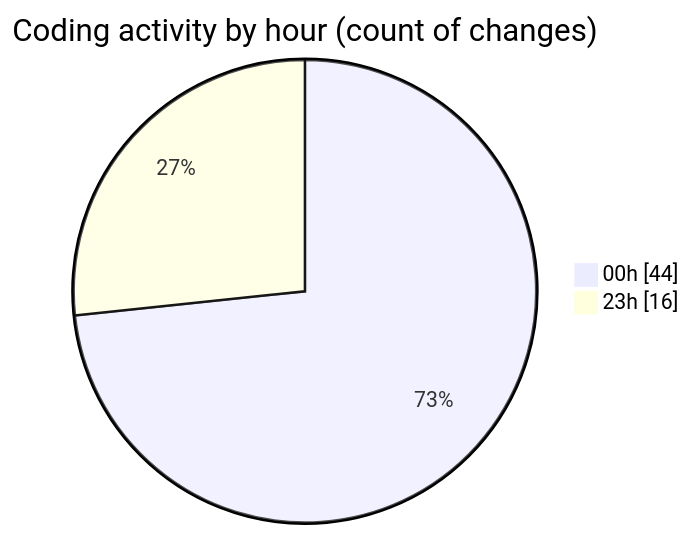
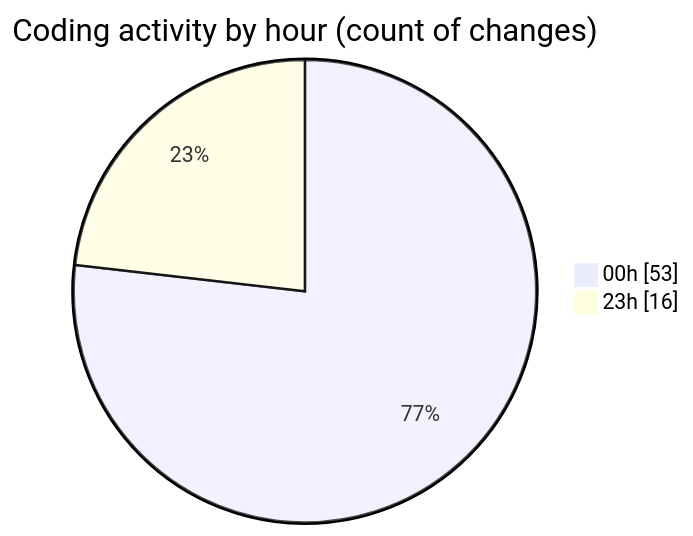
Before and after one commit to Ritupan-Deka/code-tracking: the second of 2 diagrams in 2025-05-26/projects/README.md, drawn with Mermaid. The commit also changed other lines of this file and 1 other file, not shown here.

````diff
--- a/2025-05-26/projects/README.md
+++ b/2025-05-26/projects/README.md
@@ -31,6 +33,6 @@
 ```mermaid
 pie showData
 title Coding activity by hour (count of changes)
-"00h" : 44
+"00h" : 53
 "23h" : 16
 ```
````
